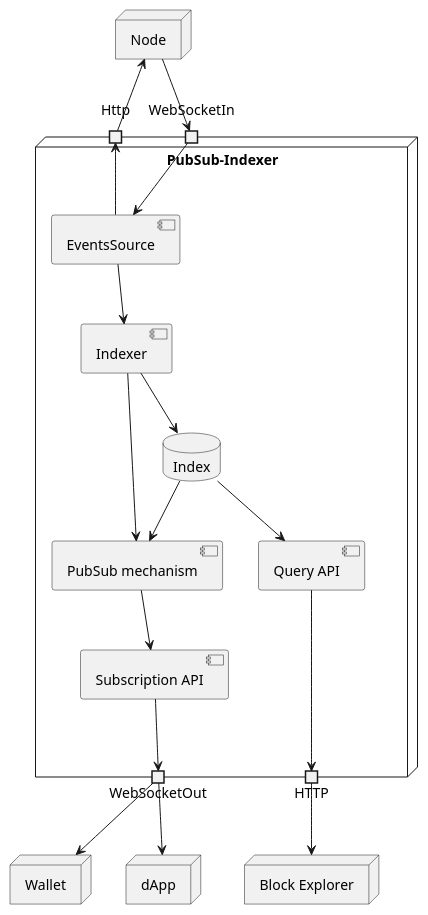
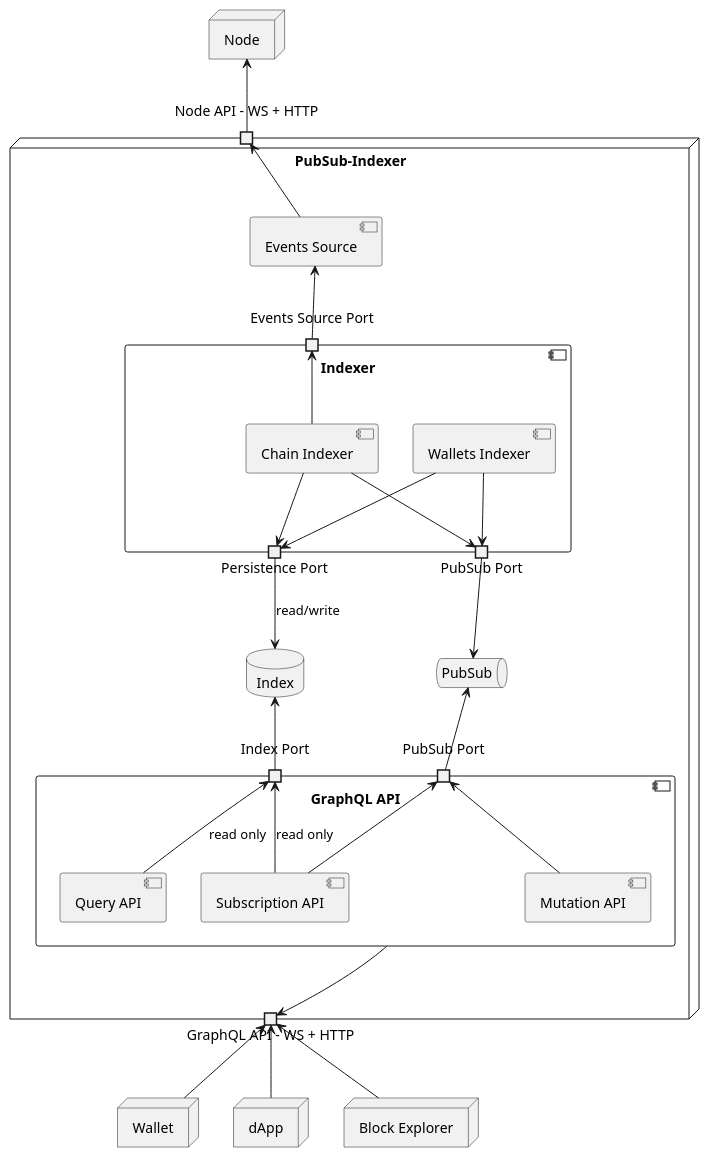
One commit to midnightntwrk/midnight-architecture changed the diagram in components/PubSubIndexer/components.puml. Above: the diagram before and after it, drawn with PlantUML. The commit also changed 9 other files, not shown here.

Commit message:
[PM-7867] Lay out design for PubSub revision for cloud deployments

```diff
--- a/components/PubSubIndexer/components.puml
+++ b/components/PubSubIndexer/components.puml
@@ -1,37 +1,71 @@
 @startuml
 
 node "Node"
 
 node "PubSub-Indexer" {
-  portin Http
-  portin WebSocketIn
-  portout WebSocketOut
-  portout HTTP
+  portin "Node API - WS + HTTP" as node_api
+  portout "GraphQL API - WS + HTTP" as graphql_api_port
 
-  database Index
+  database Index as index
 
-  [EventsSource] --> Http
-  WebSocketIn -> [EventsSource]
-  [EventsSource] --> [Indexer]
-  [Indexer] --> Index
-  [Indexer] --> [PubSub mechanism]
-  [Subscription API] ----> WebSocketOut
-  Index --> [PubSub mechanism]
-  [PubSub mechanism] --> [Subscription API]
-  Index --> [Query API]
-  [Query API] ---> HTTP
+  queue PubSub as pub_sub
+
+  component "Events Source" as events_source
+
+  component Indexer {
+    component "Chain Indexer" as chain_indexer
+    component "Wallets Indexer" as wallets_indexer
+
+    portin  "Events Source Port" as events_source_indexer_port
+    portout "PubSub Port" as pub_sub_indexer_port
+    portout "Persistence Port" as persistence_indexer_port
+
+    chain_indexer --> events_source_indexer_port
+    chain_indexer --> pub_sub_indexer_port
+    wallets_indexer --> pub_sub_indexer_port
+
+    chain_indexer --> persistence_indexer_port
+    wallets_indexer --> persistence_indexer_port
+
+    pub_sub_indexer_port -[hidden]-- persistence_indexer_port
+  }
+
+  component "GraphQL API" as graphql_api {
+    component "Mutation API" as mutation_api
+    component "Query API" as query_api
+    component "Subscription API" as subscription_api
+
+    port "Index Port" as index_graphql_port
+    port "PubSub Port" as pub_sub_graphql_port
+
+    index_graphql_port <-- query_api : read only
+    pub_sub_graphql_port <-- subscription_api
+    index_graphql_port <-- subscription_api : read only
+    pub_sub_graphql_port <-- mutation_api
+  }
+
+  node_api <-- events_source
+  events_source <-- events_source_indexer_port
+
+  persistence_indexer_port --> index : read/write
+  pub_sub_indexer_port --> pub_sub
+
+  index <-- index_graphql_port
+  pub_sub <-- pub_sub_graphql_port
+
+  graphql_api --> graphql_api_port
+
 }
 
-Node --> WebSocketIn
-Http -> Node
+Node <-- node_api
 
 node Wallet
-WebSocketOut --> Wallet
+graphql_api_port <-- Wallet
 
 node dApp
-WebSocketOut --> dApp
+graphql_api_port <-- dApp
 
 node "Block Explorer" as explorer
-HTTP --> explorer
+graphql_api_port <-- explorer
 
 @enduml
```
